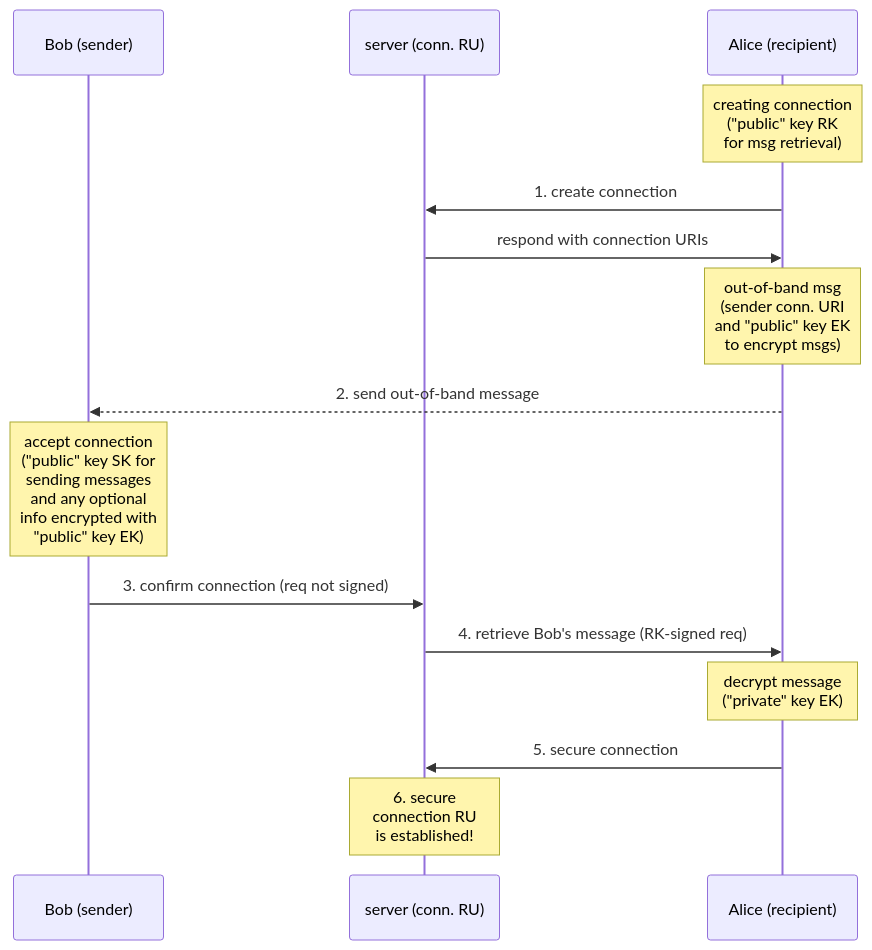
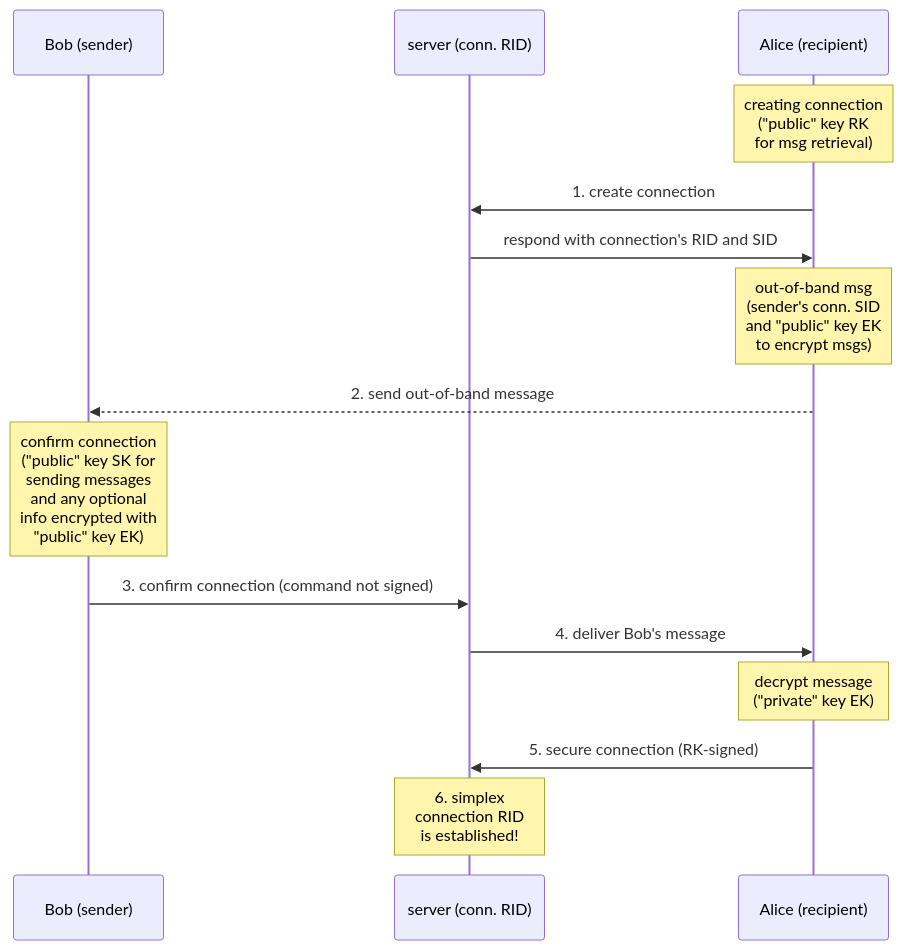
The diagram in diagrams/simplex-messaging/simplex-creating.mmd (simplex-chat/simplex-chat), drawn with Mermaid before and after one commit. The commit also changed 9 other files, not shown here.

Commit message:
update diagrams

```diff
--- a/diagrams/simplex-messaging/simplex-creating.mmd
+++ b/diagrams/simplex-messaging/simplex-creating.mmd
@@ -1,20 +1,20 @@
 sequenceDiagram
   participant B as Bob (sender)
-  participant S as server (conn. RU)
+  participant S as server (conn. RID)
   participant A as Alice (recipient)
 
-  note over A: creating connection <br> ("public" key RK <br> for msg retrieval)
+  note over A: creating connection<br>("public" key RK<br>for msg retrieval)
   A ->> S: 1. create connection
-  S ->> A: respond with connection URIs
+  S ->> A: respond with connection's RID and SID
 
-  note over A: out-of-band msg <br> (sender conn. URI <br> and "public" key EK <br> to encrypt msgs)
+  note over A: out-of-band msg<br>(sender's conn. SID<br>and "public" key EK<br>to encrypt msgs)
   A -->> B: 2. send out-of-band message
 
-  note over B: accept connection <br> ("public" key SK for <br>  sending messages <br> and any optional <br> info encrypted with <br> "public" key EK)
-  B ->> S: 3. confirm connection (req not signed)
+  note over B: confirm connection<br>("public" key SK for<br>sending messages<br>and any optional<br>info encrypted with<br>"public" key EK)
+  B ->> S: 3. confirm connection (command not signed)
 
-  S ->> A: 4. retrieve Bob's message (RK-signed req)
-  note over A: decrypt message <br> ("private" key EK)
-  A ->> S: 5. secure connection
+  S ->> A: 4. deliver Bob's message
+  note over A: decrypt message<br>("private" key EK)
+  A ->> S: 5. secure connection (RK-signed)
 
-  note over S: 6. secure <br> connection RU <br> is established!
+  note over S: 6. simplex<br>connection RID<br>is established!
```
